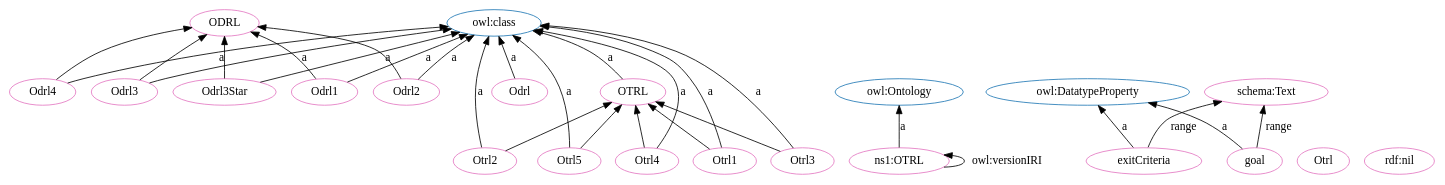
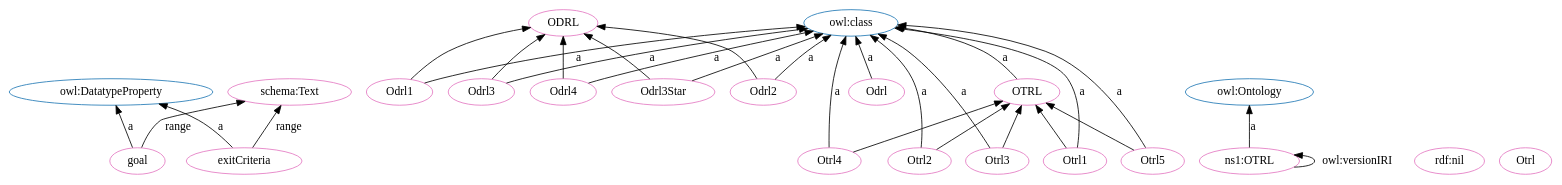
Before and after one commit to OPEN-NEXT/OKH-LOSH: the diagram in OTRL.dot, drawn with Graphviz. The commit also changed other lines of this file and 16 other files, not shown here.

```diff
--- a/OTRL.dot
+++ b/OTRL.dot
@@ -1,56 +1,56 @@
 digraph G {
   rankdir=BT
   node[height=.3]
+"http://www.w3.org/2002/07/owl#DatatypeProperty" [fillcolor="#1f77b4" color="#1f77b4" label="owl:DatatypeProperty"]
+"http://purl.org/oseg/ontologies/OTRL#OTRL" [fillcolor="#1f77b4" color="#1f77b4" label="OTRL"]
+"http://www.w3.org/2002/07/owl#class" [fillcolor="#1f77b4" color="#1f77b4" label="owl:class"]
+"http://www.w3.org/2002/07/owl#Ontology" [fillcolor="#1f77b4" color="#1f77b4" label="owl:Ontology"]
 "http://purl.org/oseg/ontologies/OTRL#ODRL" [fillcolor="#1f77b4" color="#1f77b4" label="ODRL"]
-"http://www.w3.org/2002/07/owl#Ontology" [fillcolor="#1f77b4" color="#1f77b4" label="owl:Ontology"]
-"http://www.w3.org/2002/07/owl#DatatypeProperty" [fillcolor="#1f77b4" color="#1f77b4" label="owl:DatatypeProperty"]
-"http://www.w3.org/2002/07/owl#class" [fillcolor="#1f77b4" color="#1f77b4" label="owl:class"]
-"http://purl.org/oseg/ontologies/OTRL#OTRL" [fillcolor="#1f77b4" color="#1f77b4" label="OTRL"]
+"http://purl.org/oseg/ontologies/OTRL#OTRL" [fillcolor="#e377c2" color="#e377c2" label="OTRL"]
+"http://purl.org/oseg/ontologies/OTRL#Otrl2" [fillcolor="#e377c2" color="#e377c2" label="Otrl2"]
+"http://purl.org/oseg/ontologies/OTRL#goal" [fillcolor="#e377c2" color="#e377c2" label="goal"]
+"http://purl.org/oseg/ontologies/OTRL#Odrl3Star" [fillcolor="#e377c2" color="#e377c2" label="Odrl3Star"]
+"http://www.w3.org/1999/02/22-rdf-syntax-ns#nil" [fillcolor="#e377c2" color="#e377c2" label="rdf:nil"]
+"http://purl.org/oseg/ontologies/OTRL#Otrl5" [fillcolor="#e377c2" color="#e377c2" label="Otrl5"]
 "http://purl.org/oseg/ontologies/OTRL#Otrl" [fillcolor="#e377c2" color="#e377c2" label="Otrl"]
+"http://purl.org/oseg/ontologies/OTRL#Odrl" [fillcolor="#e377c2" color="#e377c2" label="Odrl"]
 "http://purl.org/oseg/ontologies/OTRL#ODRL" [fillcolor="#e377c2" color="#e377c2" label="ODRL"]
+"http://purl.org/oseg/ontologies/OTRL#Otrl3" [fillcolor="#e377c2" color="#e377c2" label="Otrl3"]
+"http://schema.org/Text" [fillcolor="#e377c2" color="#e377c2" label="schema:Text"]
 "http://purl.org/oseg/ontologies/OTRL" [fillcolor="#e377c2" color="#e377c2" label="ns1:OTRL"]
-"http://purl.org/oseg/ontologies/OTRL#OTRL" [fillcolor="#e377c2" color="#e377c2" label="OTRL"]
+"http://purl.org/oseg/ontologies/OTRL#Otrl4" [fillcolor="#e377c2" color="#e377c2" label="Otrl4"]
+"http://purl.org/oseg/ontologies/OTRL#Odrl4" [fillcolor="#e377c2" color="#e377c2" label="Odrl4"]
 "http://purl.org/oseg/ontologies/OTRL#exitCriteria" [fillcolor="#e377c2" color="#e377c2" label="exitCriteria"]
-"http://www.w3.org/1999/02/22-rdf-syntax-ns#nil" [fillcolor="#e377c2" color="#e377c2" label="rdf:nil"]
-"http://purl.org/oseg/ontologies/OTRL#Odrl" [fillcolor="#e377c2" color="#e377c2" label="Odrl"]
-"http://purl.org/oseg/ontologies/OTRL#Otrl2" [fillcolor="#e377c2" color="#e377c2" label="Otrl2"]
-"http://purl.org/oseg/ontologies/OTRL#Odrl4" [fillcolor="#e377c2" color="#e377c2" label="Odrl4"]
+"http://purl.org/oseg/ontologies/OTRL#Otrl1" [fillcolor="#e377c2" color="#e377c2" label="Otrl1"]
+"http://purl.org/oseg/ontologies/OTRL#Odrl2" [fillcolor="#e377c2" color="#e377c2" label="Odrl2"]
+"http://purl.org/oseg/ontologies/OTRL#Odrl1" [fillcolor="#e377c2" color="#e377c2" label="Odrl1"]
 "http://purl.org/oseg/ontologies/OTRL#Odrl3" [fillcolor="#e377c2" color="#e377c2" label="Odrl3"]
-"http://purl.org/oseg/ontologies/OTRL#Odrl3Star" [fillcolor="#e377c2" color="#e377c2" label="Odrl3Star"]
-"http://purl.org/oseg/ontologies/OTRL#Odrl1" [fillcolor="#e377c2" color="#e377c2" label="Odrl1"]
-"http://purl.org/oseg/ontologies/OTRL#Otrl5" [fillcolor="#e377c2" color="#e377c2" label="Otrl5"]
-"http://schema.org/Text" [fillcolor="#e377c2" color="#e377c2" label="schema:Text"]
-"http://purl.org/oseg/ontologies/OTRL#Otrl4" [fillcolor="#e377c2" color="#e377c2" label="Otrl4"]
-"http://purl.org/oseg/ontologies/OTRL#goal" [fillcolor="#e377c2" color="#e377c2" label="goal"]
-"http://purl.org/oseg/ontologies/OTRL#Odrl2" [fillcolor="#e377c2" color="#e377c2" label="Odrl2"]
-"http://purl.org/oseg/ontologies/OTRL#Otrl1" [fillcolor="#e377c2" color="#e377c2" label="Otrl1"]
-"http://purl.org/oseg/ontologies/OTRL#Otrl3" [fillcolor="#e377c2" color="#e377c2" label="Otrl3"]
+  "http://purl.org/oseg/ontologies/OTRL#goal" -> "http://www.w3.org/2002/07/owl#DatatypeProperty" [label="a"]
+  "http://purl.org/oseg/ontologies/OTRL#Otrl3" -> "http://purl.org/oseg/ontologies/OTRL#OTRL" [label=""]
+  "http://purl.org/oseg/ontologies/OTRL#Odrl" -> "http://www.w3.org/2002/07/owl#class" [label="a"]
+  "http://purl.org/oseg/ontologies/OTRL#Odrl3" -> "http://purl.org/oseg/ontologies/OTRL#ODRL" [label=""]
+  "http://purl.org/oseg/ontologies/OTRL#Otrl4" -> "http://purl.org/oseg/ontologies/OTRL#OTRL" [label=""]
+  "http://purl.org/oseg/ontologies/OTRL#Odrl4" -> "http://purl.org/oseg/ontologies/OTRL#ODRL" [label=""]
+  "http://purl.org/oseg/ontologies/OTRL#Otrl4" -> "http://www.w3.org/2002/07/owl#class" [label="a"]
+  "http://purl.org/oseg/ontologies/OTRL#Odrl3" -> "http://www.w3.org/2002/07/owl#class" [label="a"]
+  "http://purl.org/oseg/ontologies/OTRL#Odrl2" -> "http://purl.org/oseg/ontologies/OTRL#ODRL" [label=""]
+  "http://purl.org/oseg/ontologies/OTRL#Otrl1" -> "http://www.w3.org/2002/07/owl#class" [label="a"]
+  "http://purl.org/oseg/ontologies/OTRL#Odrl1" -> "http://purl.org/oseg/ontologies/OTRL#ODRL" [label=""]
+  "http://purl.org/oseg/ontologies/OTRL#Odrl2" -> "http://www.w3.org/2002/07/owl#class" [label="a"]
+  "http://purl.org/oseg/ontologies/OTRL#Otrl2" -> "http://purl.org/oseg/ontologies/OTRL#OTRL" [label=""]
+  "http://purl.org/oseg/ontologies/OTRL#Otrl5" -> "http://purl.org/oseg/ontologies/OTRL#OTRL" [label=""]
+  "http://purl.org/oseg/ontologies/OTRL#Otrl2" -> "http://www.w3.org/2002/07/owl#class" [label="a"]
+  "http://purl.org/oseg/ontologies/OTRL#Odrl3Star" -> "http://www.w3.org/2002/07/owl#class" [label="a"]
+  "http://purl.org/oseg/ontologies/OTRL#Otrl5" -> "http://www.w3.org/2002/07/owl#class" [label="a"]
+  "http://purl.org/oseg/ontologies/OTRL#Otrl3" -> "http://www.w3.org/2002/07/owl#class" [label="a"]
   "http://purl.org/oseg/ontologies/OTRL#Odrl3Star" -> "http://purl.org/oseg/ontologies/OTRL#ODRL" [label=""]
+  "http://purl.org/oseg/ontologies/OTRL#Otrl1" -> "http://purl.org/oseg/ontologies/OTRL#OTRL" [label=""]
+  "http://purl.org/oseg/ontologies/OTRL#exitCriteria" -> "http://schema.org/Text" [label="range"]
   "http://purl.org/oseg/ontologies/OTRL" -> "http://purl.org/oseg/ontologies/OTRL" [label="owl:versionIRI"]
+  "http://purl.org/oseg/ontologies/OTRL#Odrl4" -> "http://www.w3.org/2002/07/owl#class" [label="a"]
   "http://purl.org/oseg/ontologies/OTRL#exitCriteria" -> "http://www.w3.org/2002/07/owl#DatatypeProperty" [label="a"]
   "http://purl.org/oseg/ontologies/OTRL" -> "http://www.w3.org/2002/07/owl#Ontology" [label="a"]
-  "http://purl.org/oseg/ontologies/OTRL#Otrl2" -> "http://www.w3.org/2002/07/owl#class" [label="a"]
-  "http://purl.org/oseg/ontologies/OTRL#Otrl3" -> "http://www.w3.org/2002/07/owl#class" [label="a"]
-  "http://purl.org/oseg/ontologies/OTRL#Odrl" -> "http://www.w3.org/2002/07/owl#class" [label="a"]
-  "http://purl.org/oseg/ontologies/OTRL#Odrl3" -> "http://www.w3.org/2002/07/owl#class" [label="a"]
-  "http://purl.org/oseg/ontologies/OTRL#Odrl3Star" -> "http://www.w3.org/2002/07/owl#class" [label="a"]
-  "http://purl.org/oseg/ontologies/OTRL#Otrl5" -> "http://www.w3.org/2002/07/owl#class" [label="a"]
-  "http://purl.org/oseg/ontologies/OTRL#exitCriteria" -> "http://schema.org/Text" [label="range"]
-  "http://purl.org/oseg/ontologies/OTRL#Otrl4" -> "http://www.w3.org/2002/07/owl#class" [label="a"]
-  "http://purl.org/oseg/ontologies/OTRL#goal" -> "http://www.w3.org/2002/07/owl#DatatypeProperty" [label="a"]
+  "http://purl.org/oseg/ontologies/OTRL#OTRL" -> "http://www.w3.org/2002/07/owl#class" [label="a"]
+  "http://purl.org/oseg/ontologies/OTRL#Odrl1" -> "http://www.w3.org/2002/07/owl#class" [label="a"]
   "http://purl.org/oseg/ontologies/OTRL#goal" -> "http://schema.org/Text" [label="range"]
-  "http://purl.org/oseg/ontologies/OTRL#Odrl2" -> "http://www.w3.org/2002/07/owl#class" [label="a"]
-  "http://purl.org/oseg/ontologies/OTRL#Odrl2" -> "http://purl.org/oseg/ontologies/OTRL#ODRL" [label=""]
-  "http://purl.org/oseg/ontologies/OTRL#Otrl4" -> "http://purl.org/oseg/ontologies/OTRL#OTRL" [label=""]
-  "http://purl.org/oseg/ontologies/OTRL#Odrl1" -> "http://purl.org/oseg/ontologies/OTRL#ODRL" [label=""]
-  "http://purl.org/oseg/ontologies/OTRL#OTRL" -> "http://www.w3.org/2002/07/owl#class" [label="a"]
-  "http://purl.org/oseg/ontologies/OTRL#Odrl4" -> "http://purl.org/oseg/ontologies/OTRL#ODRL" [label=""]
-  "http://purl.org/oseg/ontologies/OTRL#Odrl4" -> "http://www.w3.org/2002/07/owl#class" [label="a"]
-  "http://purl.org/oseg/ontologies/OTRL#Otrl1" -> "http://purl.org/oseg/ontologies/OTRL#OTRL" [label=""]
-  "http://purl.org/oseg/ontologies/OTRL#Odrl1" -> "http://www.w3.org/2002/07/owl#class" [label="a"]
-  "http://purl.org/oseg/ontologies/OTRL#Otrl3" -> "http://purl.org/oseg/ontologies/OTRL#OTRL" [label=""]
-  "http://purl.org/oseg/ontologies/OTRL#Otrl5" -> "http://purl.org/oseg/ontologies/OTRL#OTRL" [label=""]
-  "http://purl.org/oseg/ontologies/OTRL#Otrl2" -> "http://purl.org/oseg/ontologies/OTRL#OTRL" [label=""]
-  "http://purl.org/oseg/ontologies/OTRL#Otrl1" -> "http://www.w3.org/2002/07/owl#class" [label="a"]
-  "http://purl.org/oseg/ontologies/OTRL#Odrl3" -> "http://purl.org/oseg/ontologies/OTRL#ODRL" [label=""]
 }
```
